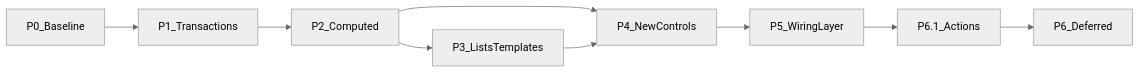
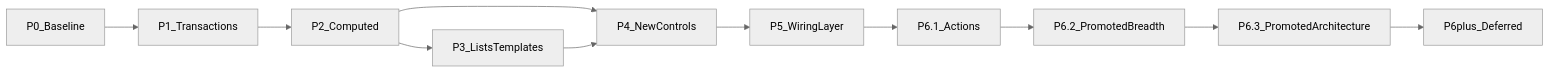
Before and after one commit to bioartgames/ui_react: the diagram in addons/ui_react/docs/ROADMAP.md, drawn with Mermaid (neutral theme). The commit also changed other lines of this file and 1 other file, not shown here.

````diff
--- a/addons/ui_react/docs/ROADMAP.md
+++ b/addons/ui_react/docs/ROADMAP.md
@@ -84,17 +97,19 @@
 ```mermaid
 flowchart LR
   P0[P0_Baseline]
   P1[P1_Transactions]
   P2[P2_Computed]
   P3[P3_ListsTemplates]
   P4[P4_NewControls]
   P5[P5_WiringLayer]
   P61[P6.1_Actions]
-  P6[P6_Deferred]
+  P62[P6.2_PromotedBreadth]
+  P63[P6.3_PromotedArchitecture]
+  P6[P6plus_Deferred]
   P0 --> P1 --> P2 --> P3
   P2 --> P4
   P3 --> P4
   P4 --> P5
   P5 --> P61
-  P61 --> P6
+  P61 --> P62 --> P63 --> P6
 ```
````
